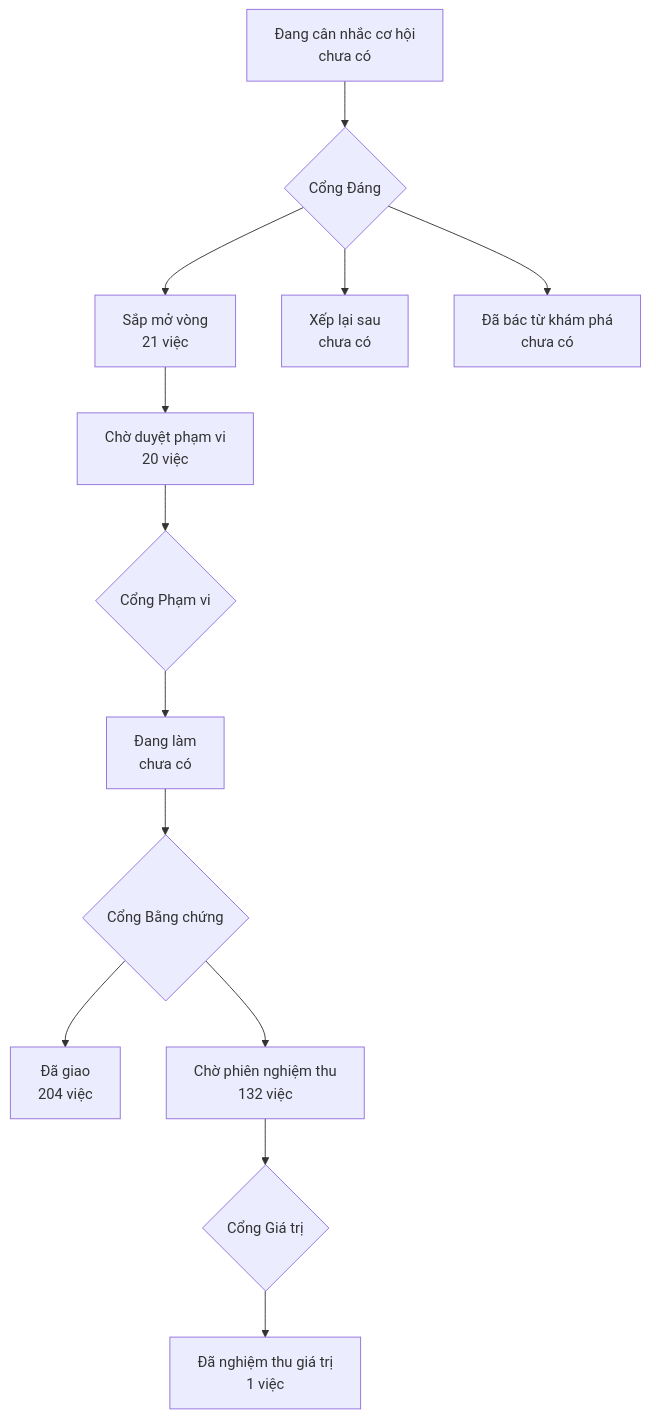
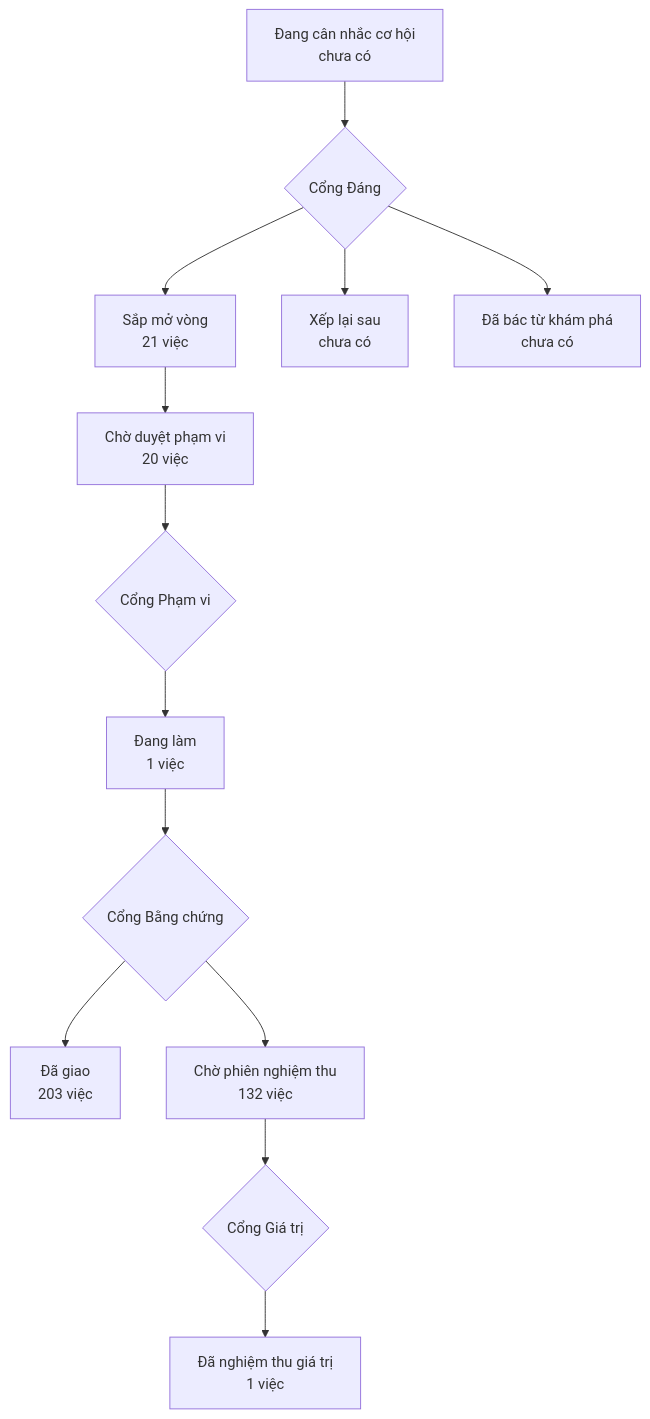
Before and after one commit to phanlemanh/onehub-invest: the diagram in PRODUCT-MAP.md, drawn with Mermaid. The commit also changed other lines of this file and 5 other files, not shown here.

````diff
--- a/PRODUCT-MAP.md
+++ b/PRODUCT-MAP.md
@@ -7,12 +7,12 @@
 ```mermaid
 flowchart TD
   A["Đang cân nhắc cơ hội<br/>chưa có"] --> GD{"Cổng Đáng"}
   GD --> B["Sắp mở vòng<br/>21 việc"]
   GD --> XL["Xếp lại sau<br/>chưa có"]
   GD --> DB["Đã bác từ khám phá<br/>chưa có"]
   B --> CD["Chờ duyệt phạm vi<br/>20 việc"] --> GP{"Cổng Phạm vi"}
-  GP --> DL["Đang làm<br/>chưa có"] --> GB{"Cổng Bằng chứng"}
-  GB --> DG["Đã giao<br/>204 việc"]
+  GP --> DL["Đang làm<br/>1 việc"] --> GB{"Cổng Bằng chứng"}
+  GB --> DG["Đã giao<br/>203 việc"]
   GB --> CN["Chờ phiên nghiệm thu<br/>132 việc"] --> GG{"Cổng Giá trị"}
   GG --> NT["Đã nghiệm thu giá trị<br/>1 việc"]
 ```
````
